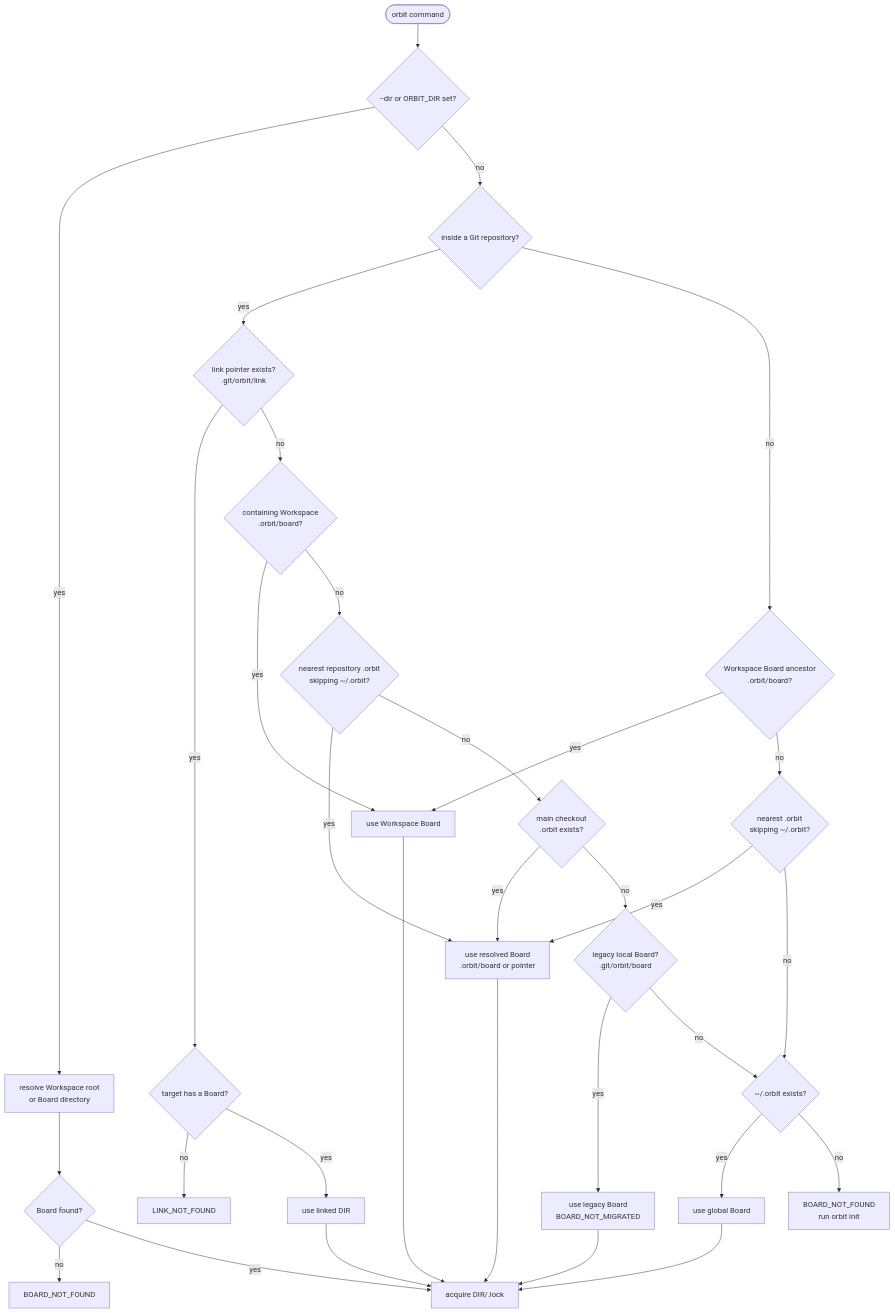
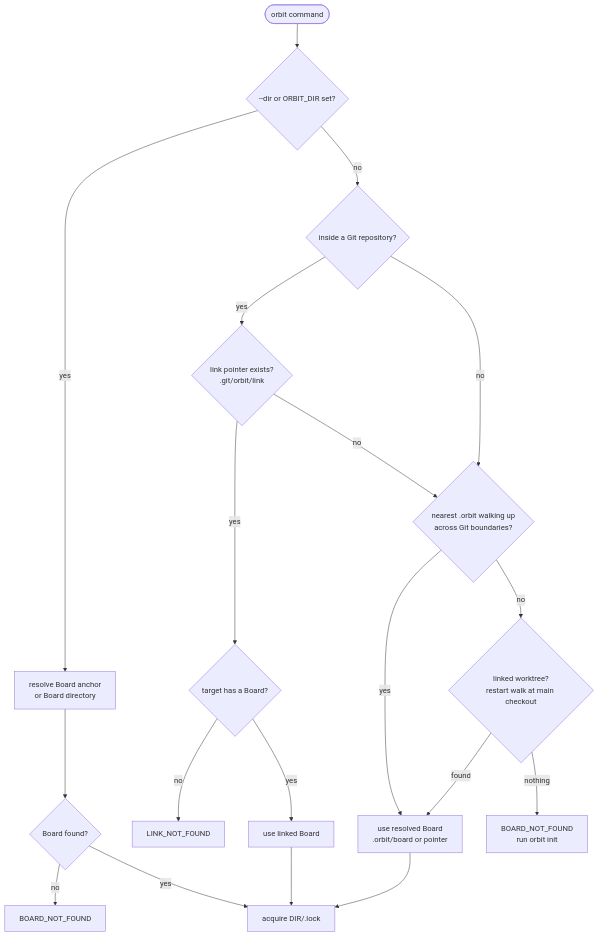
The second of 14 diagrams in docs/ARCHITECTURE.md (rcmendes/orbit), drawn with Mermaid before and after one commit. The commit also changed other lines of this file, not shown here.

First line of the commit message:
docs(architecture): describe member Repositories, Board host, and the remote port

````diff
--- a/docs/ARCHITECTURE.md
+++ b/docs/ARCHITECTURE.md
@@ -190,37 +196,23 @@
 ```mermaid
 flowchart TD
     START(["orbit command"]) --> OVERRIDE{"--dir or ORBIT_DIR set?"}
-    OVERRIDE -->|yes| EXPLICIT["resolve Workspace root<br/>or Board directory"]
+    OVERRIDE -->|yes| EXPLICIT["resolve Board anchor<br/>or Board directory"]
     EXPLICIT --> EXISTS{"Board found?"}
     EXISTS -->|no| NOBOARD["BOARD_NOT_FOUND"]
     EXISTS -->|yes| LOCK["acquire DIR/.lock"]
 
     OVERRIDE -->|no| REPO{"inside a Git repository?"}
     REPO -->|yes| LINKED{"link pointer exists?<br/>.git/orbit/link"}
     LINKED -->|yes| TARGET{"target has a Board?"}
     TARGET -->|no| LINKERR["LINK_NOT_FOUND"]
-    TARGET -->|yes| SHARED["use linked DIR"]
-    LINKED -->|no| WORKSPACE{"containing Workspace<br/>.orbit/board?"}
-    WORKSPACE -->|yes| WBOARD["use Workspace Board"]
-    WORKSPACE -->|no| NEAREST{"nearest repository .orbit<br/>skipping ~/.orbit?"}
+    TARGET -->|yes| SHARED["use linked Board"]
+    LINKED -->|no| NEAREST
+    REPO -->|no| NEAREST{"nearest .orbit walking up<br/>across Git boundaries?"}
     NEAREST -->|yes| OWN["use resolved Board<br/>.orbit/board or pointer"]
-    NEAREST -->|no| MAIN{"main checkout<br/>.orbit exists?"}
-    MAIN -->|yes| OWN
-    MAIN -->|no| LEGACY{"legacy local Board?<br/>.git/orbit/board"}
-    LEGACY -->|yes| LEGACYUSE["use legacy Board<br/>BOARD_NOT_MIGRATED"]
-    LEGACY -->|no| GLOBAL{"~/.orbit exists?"}
-    GLOBAL -->|yes| GLOBALUSE["use global Board"]
-    GLOBAL -->|no| NOBOARD2["BOARD_NOT_FOUND<br/>run orbit init"]
-
-    REPO -->|no| OUTSIDE{"Workspace Board ancestor<br/>.orbit/board?"}
-    OUTSIDE -->|yes| WBOARD
-    OUTSIDE -->|no| OUTSIDEORBIT{"nearest .orbit<br/>skipping ~/.orbit?"}
-    OUTSIDEORBIT -->|yes| OWN
-    OUTSIDEORBIT -->|no| GLOBAL
+    NEAREST -->|no| MAIN{"linked worktree?<br/>restart walk at main checkout"}
+    MAIN -->|found| OWN
+    MAIN -->|nothing| NOBOARD2["BOARD_NOT_FOUND<br/>run orbit init"]
 
     SHARED --> LOCK
-    WBOARD --> LOCK
     OWN --> LOCK
-    LEGACYUSE --> LOCK
-    GLOBALUSE --> LOCK
 ```
````
